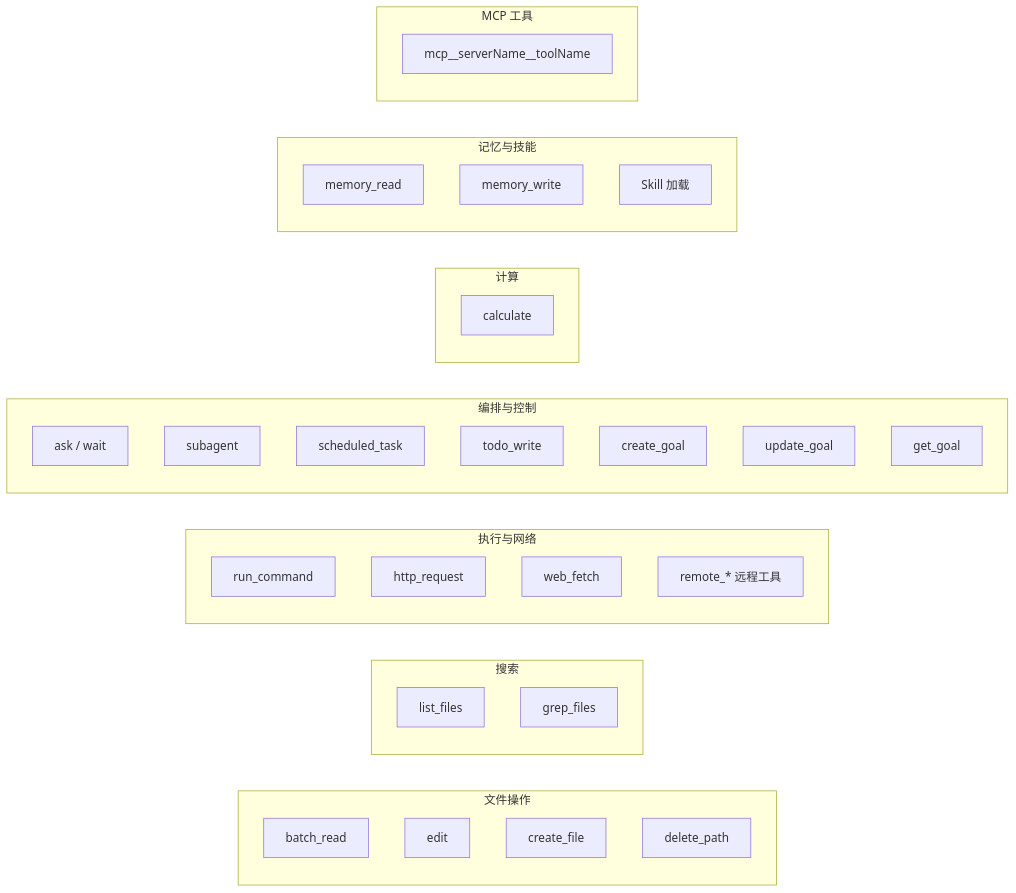
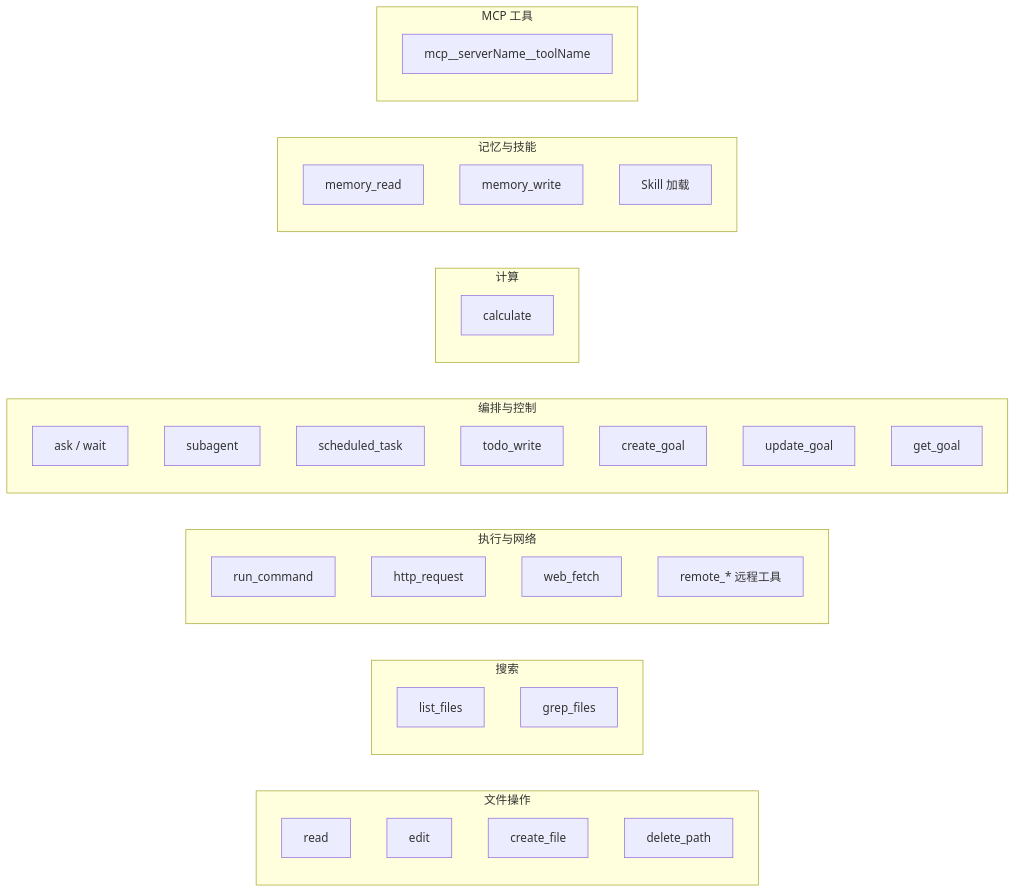
The third of 4 diagrams in CODEGRAPH.md (Bronya0/ally-agent), drawn with Mermaid before and after one commit. The commit also changed other lines of this file and 9 other files, not shown here.

First line of the commit message:
Rename batch_read to read and Skill to skill with tool-name normalization

````diff
--- a/CODEGRAPH.md
+++ b/CODEGRAPH.md
@@ -148,39 +148,39 @@
 ```mermaid
 flowchart LR
     subgraph 文件操作
-        batch_read[batch_read]
+        read[read]
         edit[edit]
         create_file[create_file]
         delete_path[delete_path]
     end
     subgraph 搜索
         list_files[list_files]
         grep_files[grep_files]
     end
     subgraph 执行与网络
         run_command[run_command]
         http_request[http_request]
         web_fetch[web_fetch]
         remote_*[remote_* 远程工具]
     end
     subgraph 编排与控制
         ask[ask / wait]
         subagent[subagent]
         scheduled_task[scheduled_task]
         todo_write[todo_write]
         create_goal[create_goal]
         update_goal[update_goal]
         get_goal[get_goal]
     end
     subgraph 计算
         calculate[calculate]
     end
     subgraph 记忆与技能
         memory_read[memory_read]
         memory_write[memory_write]
         Skill[Skill 加载]
     end
     subgraph MCP 工具
         mcp__*[mcp__serverName__toolName]
     end
 ```
````
